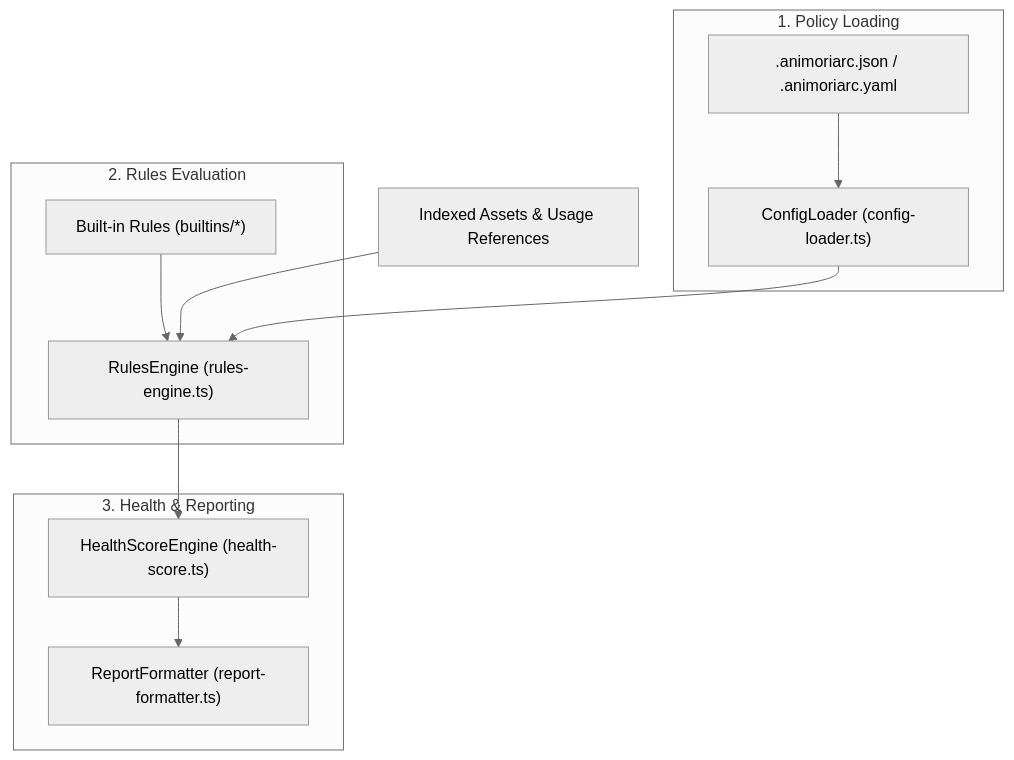
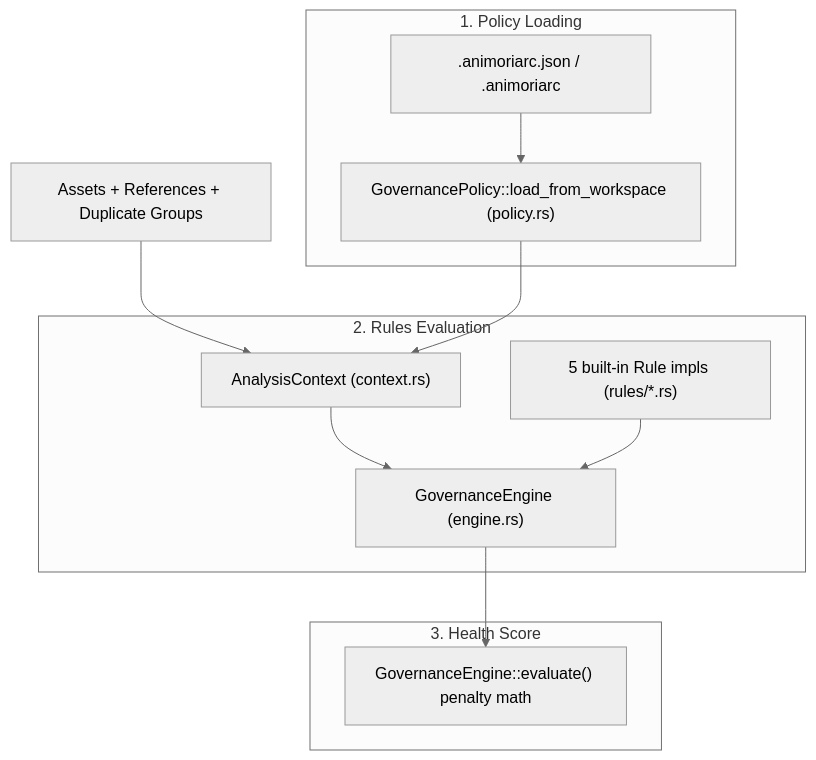
The diagram in docs/guides/05-governance-pipeline.md (sxnnyside-project/animoria), drawn with Mermaid (neutral theme) before and after one commit. The commit also changed other lines of this file and 466 other files, not shown here.

````diff
--- a/docs/guides/05-governance-pipeline.md
+++ b/docs/guides/05-governance-pipeline.md
@@ -16,26 +16,26 @@
 ```mermaid
 graph TD
-    WorkspaceData["Indexed Assets & Usage References"]
-    
+    WorkspaceData["Assets + References + Duplicate Groups"]
+
     subgraph ConfigResolution["1. Policy Loading"]
-        ConfigLoader["ConfigLoader (config-loader.ts)"]
-        ConfigFile[".animoriarc.json / .animoriarc.yaml"]
-    end
-    
-    subgraph RulesEngineSubsystem["2. Rules Evaluation"]
-        RulesEngine["RulesEngine (rules-engine.ts)"]
-        BuiltinRules["Built-in Rules (builtins/*)"]
+        Policy["GovernancePolicy::load_from_workspace (policy.rs)"]
+        ConfigFile[".animoriarc.json / .animoriarc"]
     end
 
-    subgraph ScoringReport["3. Health & Reporting"]
-        HealthEngine["HealthScoreEngine (health-score.ts)"]
-        ReportFormatter["ReportFormatter (report-formatter.ts)"]
+    subgraph RulesEngineSubsystem["2. Rules Evaluation"]
+        Context["AnalysisContext (context.rs)"]
+        Engine["GovernanceEngine (engine.rs)"]
+        Rules["5 built-in Rule impls (rules/*.rs)"]
     end
 
-    ConfigFile --> ConfigLoader
-    WorkspaceData --> RulesEngine
-    ConfigLoader --> RulesEngine
-    BuiltinRules --> RulesEngine
-    RulesEngine --> HealthEngine
-    HealthEngine --> ReportFormatter
+    subgraph ScoringReport["3. Health Score"]
+        Score["GovernanceEngine::evaluate() penalty math"]
+    end
+
+    ConfigFile --> Policy
+    WorkspaceData --> Context
+    Policy --> Context
+    Context --> Engine
+    Rules --> Engine
+    Engine --> Score
 ```
````
